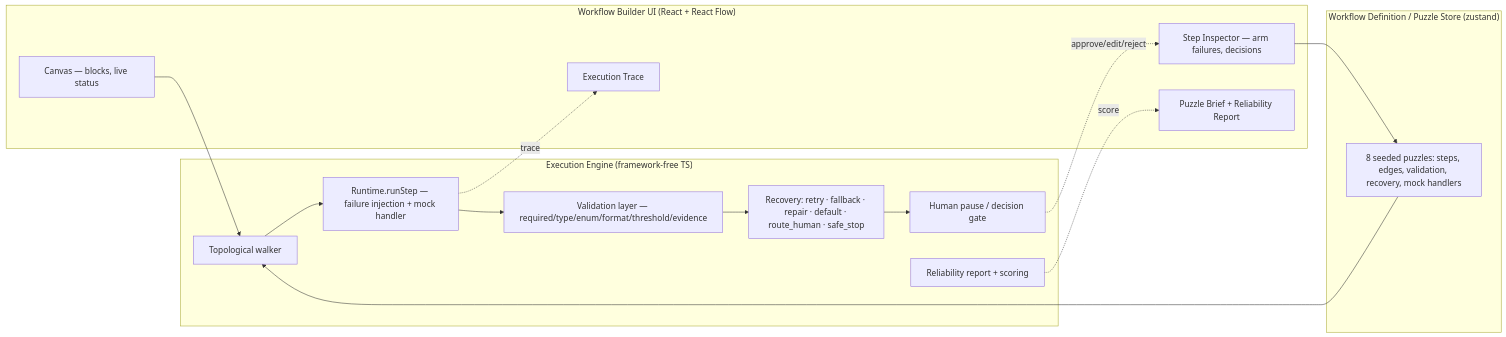
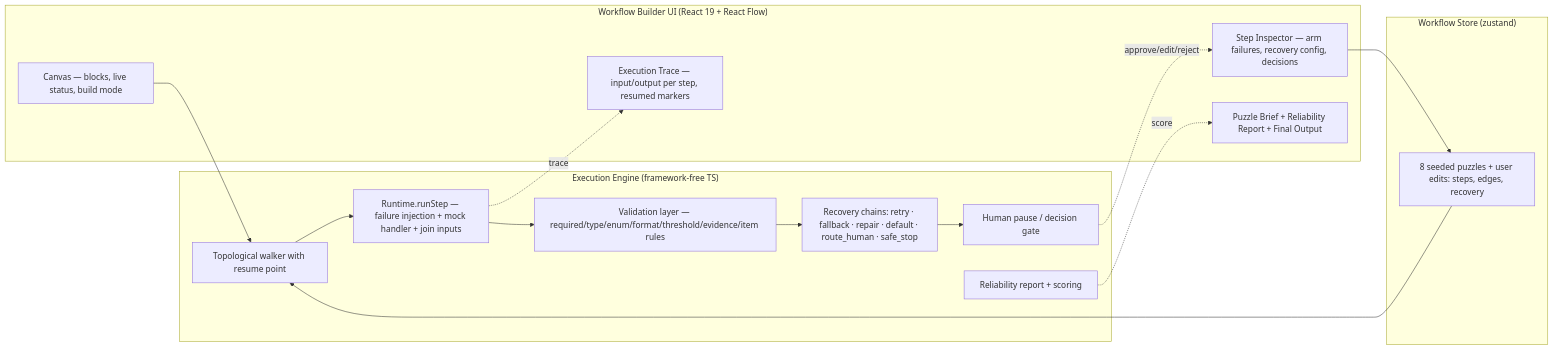
Before and after one commit to AIAFKK/ai-workflow-puzzle-builder: the diagram in README.md, drawn with Mermaid. The commit also changed other lines of this file and 14 other files, not shown here.

Commit message:
adversarial-audit fixes: build mode (add/wire/delete blocks + recovery configurator), real retry chains, true resume, two-source joins, evidence refusal, inline JSON editor, score 100 for pristine runs, README fact-alignment, 10 tests

````diff
--- a/README.md
+++ b/README.md
@@ -84,27 +99,27 @@
 ```mermaid
 flowchart LR
-    subgraph UI["Workflow Builder UI (React + React Flow)"]
-        C[Canvas — blocks, live status]
-        I[Step Inspector — arm failures, decisions]
-        L[Puzzle Brief + Reliability Report]
-        T[Execution Trace]
+    subgraph UI["Workflow Builder UI (React 19 + React Flow)"]
+        C[Canvas — blocks, live status, build mode]
+        I[Step Inspector — arm failures, recovery config, decisions]
+        L[Puzzle Brief + Reliability Report + Final Output]
+        T[Execution Trace — input/output per step, resumed markers]
     end
-    subgraph DEF["Workflow Definition / Puzzle Store (zustand)"]
-        P[8 seeded puzzles: steps, edges, validation, recovery, mock handlers]
+    subgraph DEF["Workflow Store (zustand)"]
+        P[8 seeded puzzles + user edits: steps, edges, recovery]
     end
     subgraph ENG["Execution Engine (framework-free TS)"]
-        W[Topological walker]
-        R[Runtime.runStep — failure injection + mock handler]
-        V[Validation layer — required/type/enum/format/threshold/evidence]
-        REC[Recovery: retry · fallback · repair · default · route_human · safe_stop]
+        W[Topological walker with resume point]
+        R[Runtime.runStep — failure injection + mock handler + join inputs]
+        V[Validation layer — required/type/enum/format/threshold/evidence/item rules]
+        REC[Recovery chains: retry · fallback · repair · default · route_human · safe_stop]
         H[Human pause / decision gate]
         S[Reliability report + scoring]
     end
     C --> W
     I --> P
     P --> W
     W --> R --> V --> REC --> H
     R -.trace.-> T
     S -.score.-> L
     H -.approve/edit/reject.-> I
 ```
````
